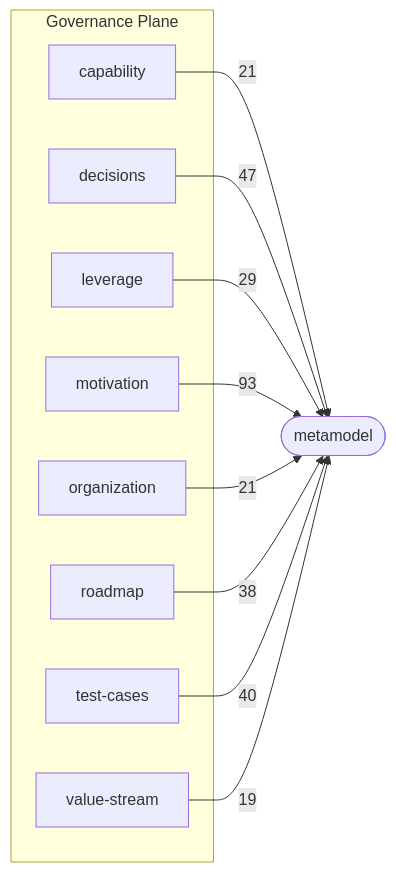
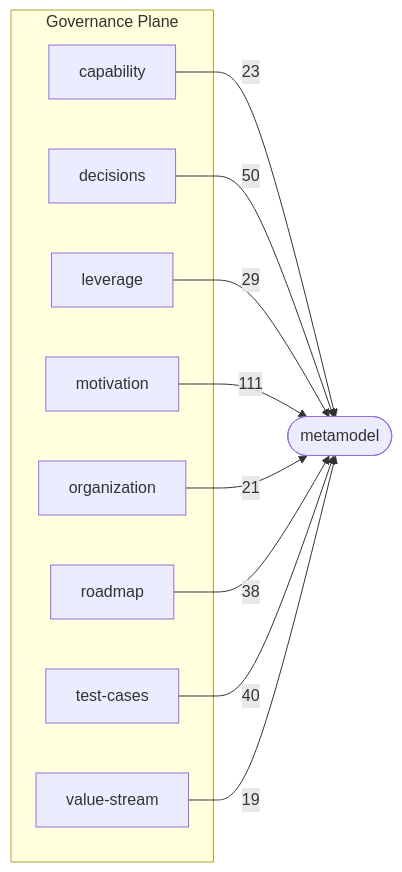
One commit to Archally/blueprint-schema changed the third of 3 diagrams in docs/schema-atlas/v2.8/layer-map.md. Above: the diagram before and after it, drawn with Mermaid. The commit also changed other lines of this file and 5 other files, not shown here.

Commit message:
Schema Atlas: the catalog follows the 2.8.86 schema

````diff
--- a/docs/schema-atlas/v2.8/layer-map.md
+++ b/docs/schema-atlas/v2.8/layer-map.md
@@ -139,22 +139,22 @@
 ```mermaid
 graph LR
     subgraph governance_plane["Governance Plane"]
         governance_capability_schema_yaml["capability"]
         governance_decisions_schema_yaml["decisions"]
         governance_leverage_schema_yaml["leverage"]
         governance_motivation_schema_yaml["motivation"]
         governance_organization_schema_yaml["organization"]
         governance_roadmap_schema_yaml["roadmap"]
         governance_test_cases_schema_yaml["test-cases"]
         governance_value_stream_schema_yaml["value-stream"]
     end
     metamodel_schema_yaml(["metamodel"])
-    governance_capability_schema_yaml -->|21| metamodel_schema_yaml
-    governance_decisions_schema_yaml -->|47| metamodel_schema_yaml
+    governance_capability_schema_yaml -->|23| metamodel_schema_yaml
+    governance_decisions_schema_yaml -->|50| metamodel_schema_yaml
     governance_leverage_schema_yaml -->|29| metamodel_schema_yaml
-    governance_motivation_schema_yaml -->|93| metamodel_schema_yaml
+    governance_motivation_schema_yaml -->|111| metamodel_schema_yaml
     governance_organization_schema_yaml -->|21| metamodel_schema_yaml
     governance_roadmap_schema_yaml -->|38| metamodel_schema_yaml
     governance_test_cases_schema_yaml -->|40| metamodel_schema_yaml
     governance_value_stream_schema_yaml -->|19| metamodel_schema_yaml
 ```
````
